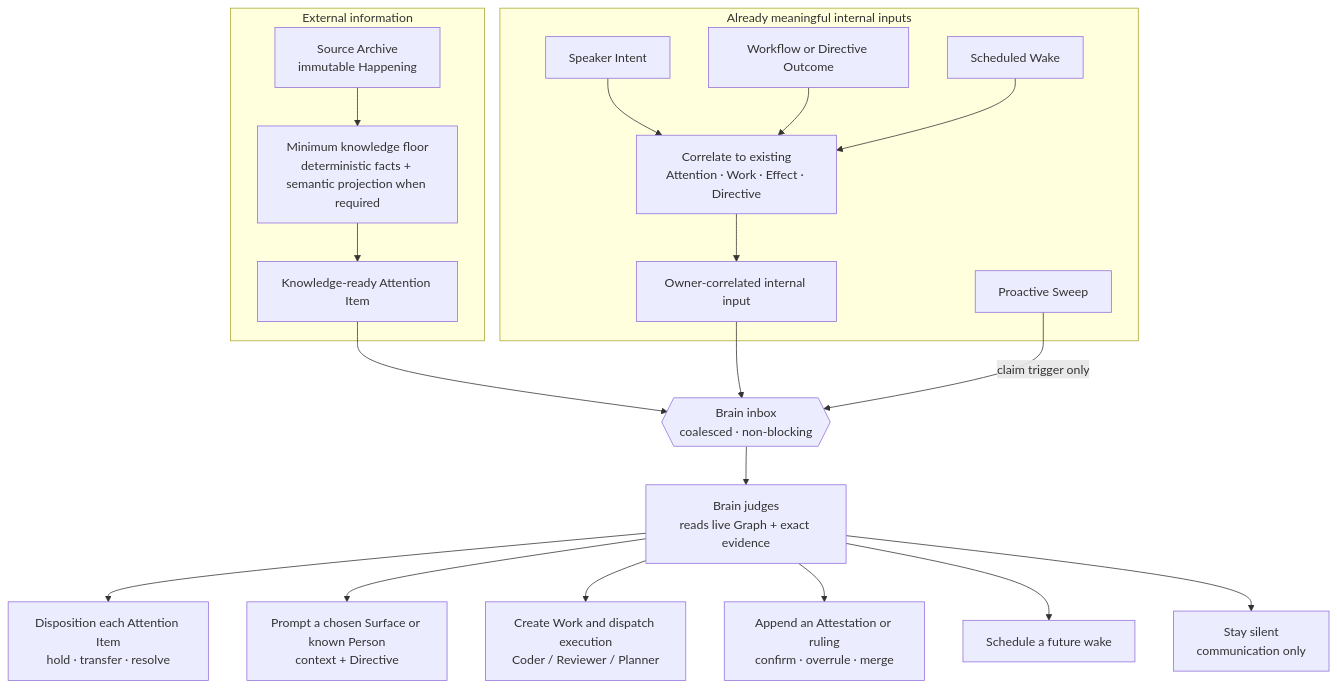
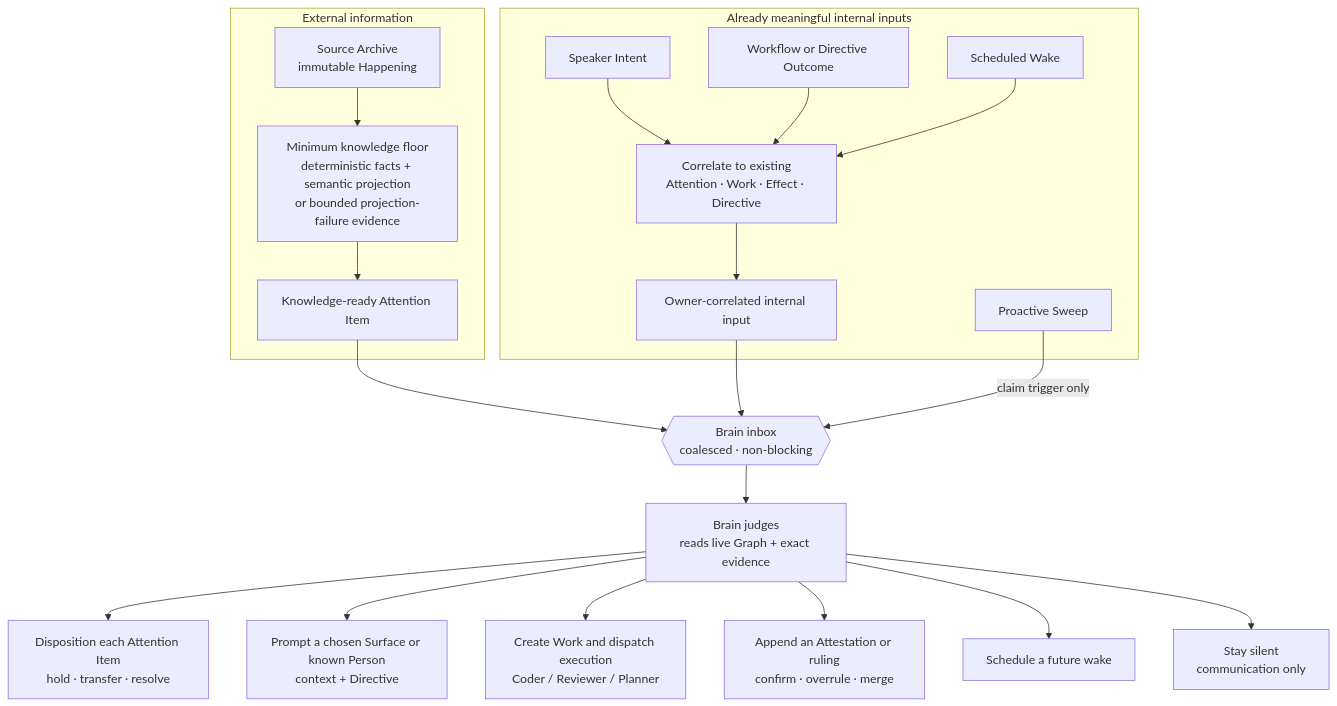
One commit to AaronAbuUsama/ambient-agent changed the second of 5 diagrams in docs/SYSTEM-ARCHITECTURE.md. Above: the diagram before and after it, drawn with Mermaid. The commit also changed other lines of this file and 8 other files, not shown here.

````diff
--- a/docs/SYSTEM-ARCHITECTURE.md
+++ b/docs/SYSTEM-ARCHITECTURE.md
@@ -285,30 +293,30 @@
 ```mermaid
 flowchart TB
   subgraph external["External information"]
     SRC["Source Archive<br/>immutable Happening"]
-    FLOOR["Minimum knowledge floor<br/>deterministic facts + semantic projection when required"]
+    FLOOR["Minimum knowledge floor<br/>deterministic facts + semantic projection<br/>or bounded projection-failure evidence"]
   ATTENTION["Knowledge-ready Attention Item"]
     SRC --> FLOOR --> ATTENTION
   end
 
   subgraph internal["Already meaningful internal inputs"]
     I1["Speaker Intent"]
     I2["Workflow or Directive Outcome"]
     I3["Scheduled Wake"]
     I4["Proactive Sweep"]
     CORRELATE["Correlate to existing<br/>Attention · Work · Effect · Directive"]
     OWNED["Owner-correlated internal input"]
     I1 & I2 & I3 --> CORRELATE --> OWNED
   end
 
   ATTENTION & OWNED --> INBOX{{"Brain inbox<br/>coalesced · non-blocking"}}
   I4 -->|"claim trigger only"| INBOX
   INBOX --> DECIDE["Brain judges<br/>reads live Graph + exact evidence"]
 
   DECIDE --> A1["Disposition each Attention Item<br/>hold · transfer · resolve"]
   DECIDE --> D1["Prompt a chosen Surface or known Person<br/>context + Directive"]
   DECIDE --> D2["Create Work and dispatch execution<br/>Coder / Reviewer / Planner"]
   DECIDE --> D3["Append an Attestation or ruling<br/>confirm · overrule · merge"]
   DECIDE --> D4["Schedule a future wake"]
   DECIDE --> D5["Stay silent<br/>communication only"]
 ```
````
